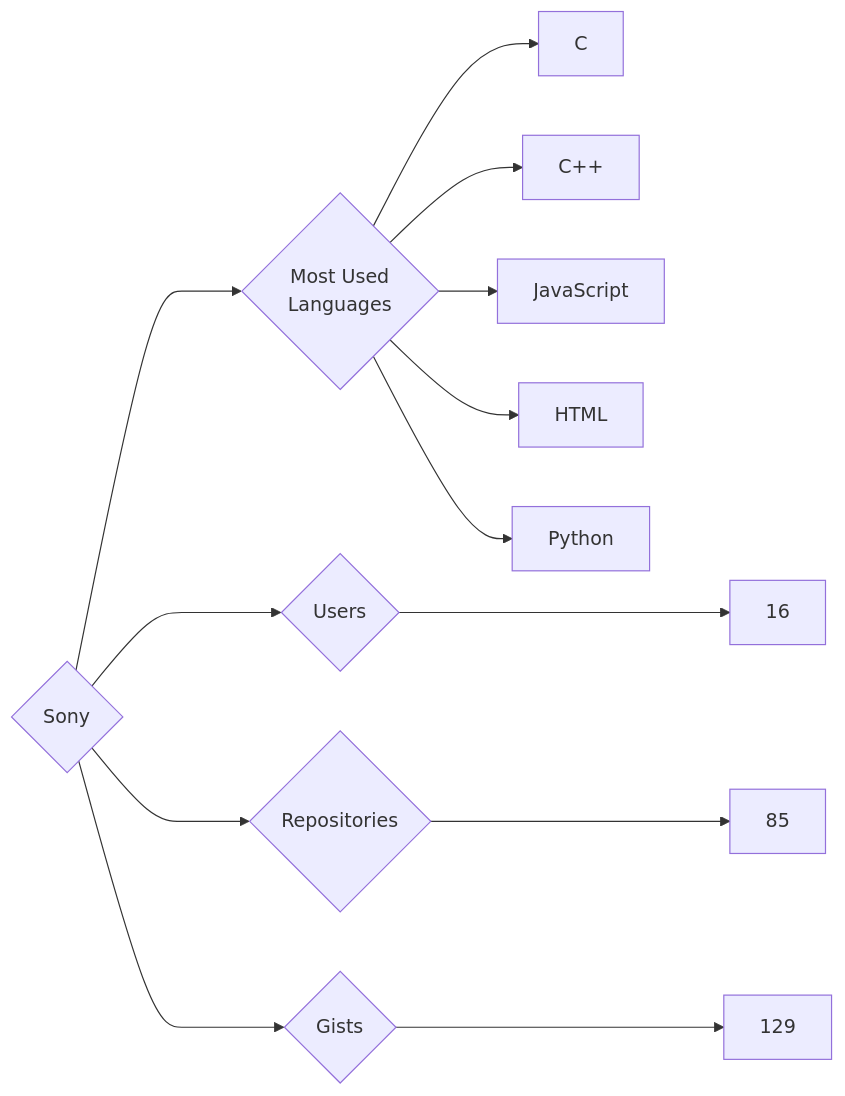
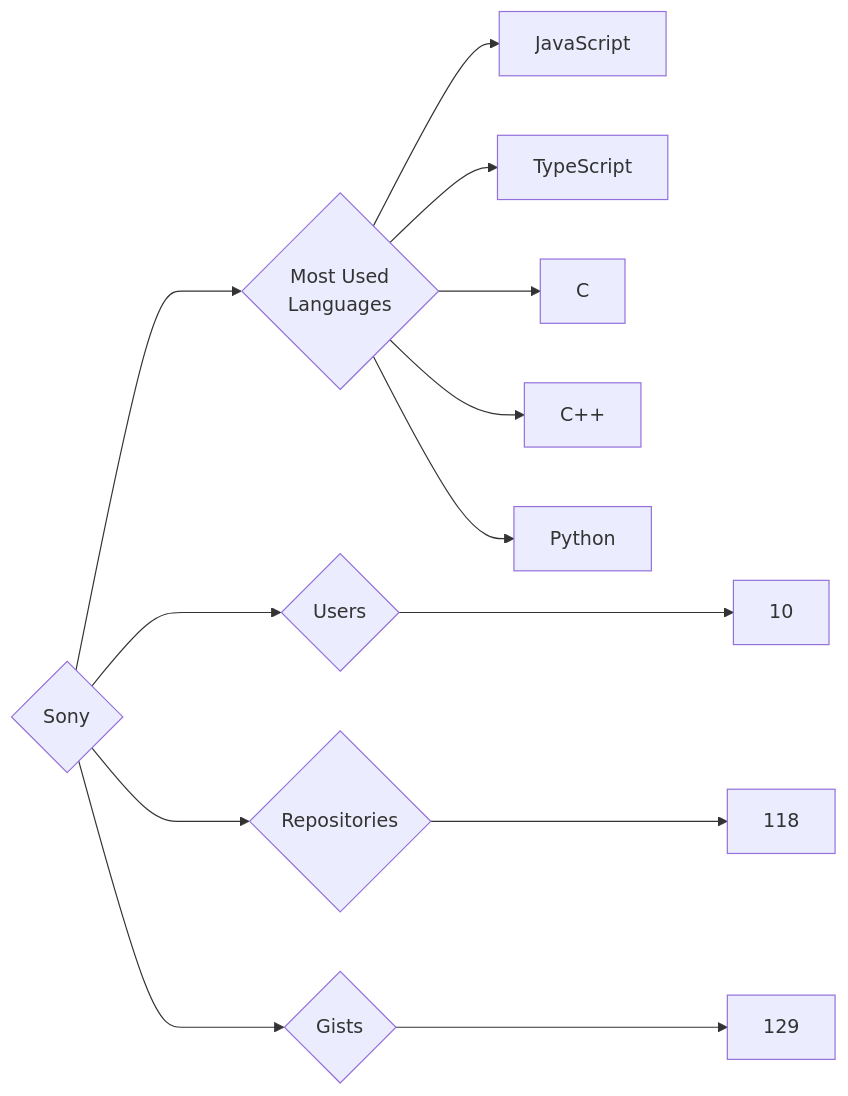
One commit to trickest/insiders changed the diagram in targets/Sony/README.md. Above: the diagram before and after it, drawn with Mermaid. The commit also changed 1248 other files, not shown here.

````diff
--- a/targets/Sony/README.md
+++ b/targets/Sony/README.md
@@ -3,13 +3,13 @@
 ```mermaid
 graph LR
 COMPANY_NAME{Sony}
-COMPANY_NAME ---> U{Users} ---> UN[16]
-COMPANY_NAME ---> R{Repositories} ---> RN[85]
+COMPANY_NAME ---> U{Users} ---> UN[10]
+COMPANY_NAME ---> R{Repositories} ---> RN[118]
 COMPANY_NAME ---> G{Gists} ---> GN[129]
 COMPANY_NAME ---> ML{Most Used<br>Languages}
+ML --> JavaScript[JavaScript]
+ML --> TypeScript[TypeScript]
 ML --> C[C]
 ML --> C++[C++]
-ML --> JavaScript[JavaScript]
-ML --> HTML[HTML]
 ML --> Python[Python]
 ```
````
